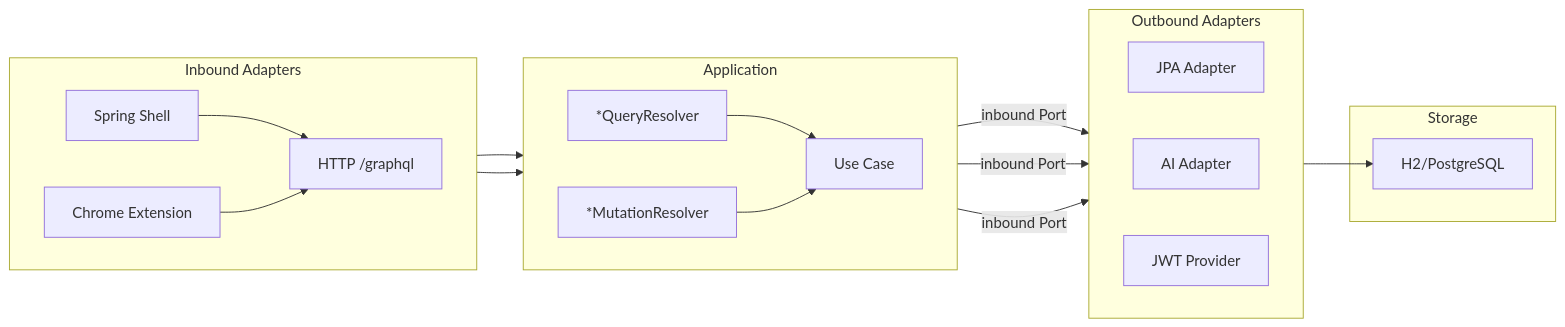
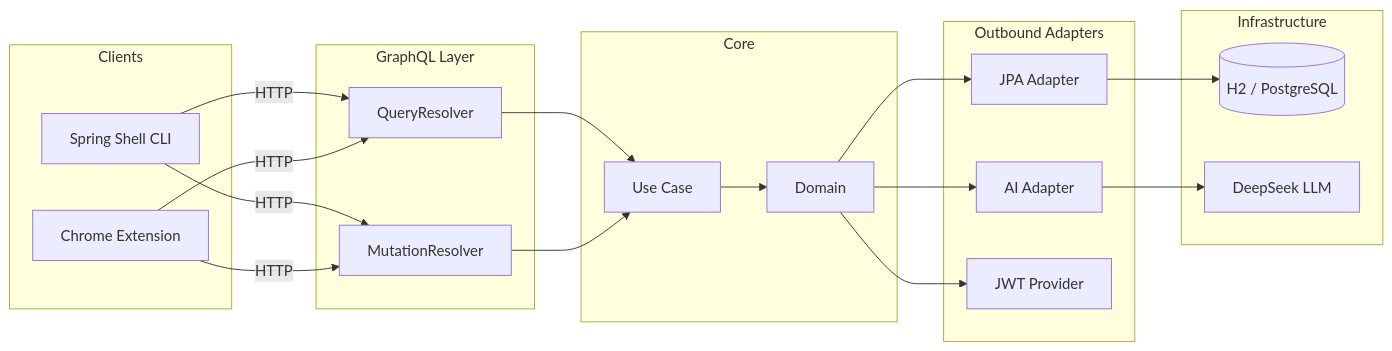
One commit to JuanPabloJimenezEsclusa/alexandra-job-tracker changed the second of 3 diagrams in README.md. Above: the diagram before and after it, drawn with Mermaid. The commit also changed other lines of this file and 155 other files, not shown here.

````diff
--- a/README.md
+++ b/README.md
@@ -105,31 +149,35 @@
 ```mermaid
 flowchart LR
-    subgraph inbound [Inbound Adapters]
-        direction LR
-        CLI["Spring Shell"]
-        BrowserExt["Chrome Extension"]
-        HTTP["HTTP /graphql"]
+    subgraph clients [Clients]
+        CLI["Spring Shell CLI"]
+        Ext["Chrome Extension"]
     end
-    subgraph app [Application]
-        direction LR
-        QR["*QueryResolver"]
-        MR["*MutationResolver"]
+
+    subgraph api [GraphQL Layer]
+        QR["QueryResolver"]
+        MR["MutationResolver"]
+    end
+
+    subgraph core [Core]
         UC["Use Case"]
+        Domain["Domain"]
     end
+
     subgraph outbound [Outbound Adapters]
-        direction LR
         JPA["JPA Adapter"]
         AI["AI Adapter"]
         JWT["JWT Provider"]
     end
-    subgraph storage [Storage]
-        DB[H2/PostgreSQL]
+
+    subgraph storage [Infrastructure]
+        DB[("H2 / PostgreSQL")]
+        LLM["DeepSeek LLM"]
     end
 
-    CLI --> HTTP
-    BrowserExt --> HTTP
-    HTTP --> QR & MR
-    QR & MR --> UC
-    UC --> |inbound Port| JPA & AI & JWT
+    CLI --> |HTTP| QR & MR
+    Ext --> |HTTP| QR & MR
+    QR & MR --> UC --> Domain
+    Domain --> JPA & AI & JWT
     JPA --> DB
+    AI --> LLM
 ```
````
